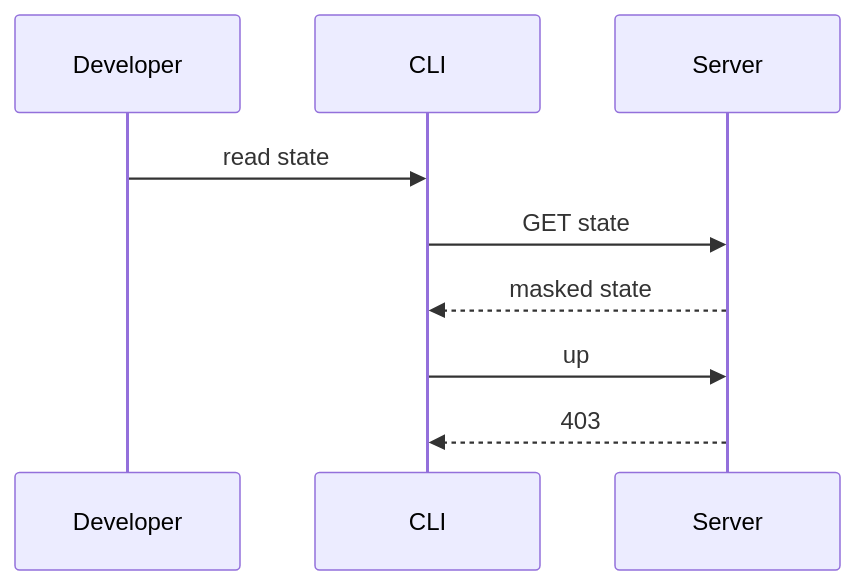
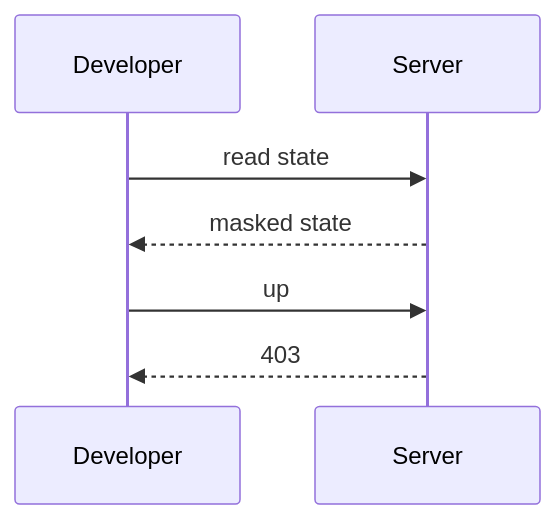
Before and after one commit to OpenDustpan/OpenDustpan: the first of 2 diagrams in openspec/changes/planner-role/design.md, drawn with Mermaid. The commit also changed other lines of this file and 69 other files, not shown here.

````diff
--- a/openspec/changes/planner-role/design.md
+++ b/openspec/changes/planner-role/design.md
@@ -31,8 +28,7 @@
 ```mermaid
 sequenceDiagram
-  Developer->>CLI: read state
-  CLI->>Server: GET state
-  Server-->>CLI: masked state
-  CLI->>Server: up
-  Server-->>CLI: 403
+  Developer->>Server: read state
+  Server-->>Developer: masked state
+  Developer->>Server: up
+  Server-->>Developer: 403
 ```
````
